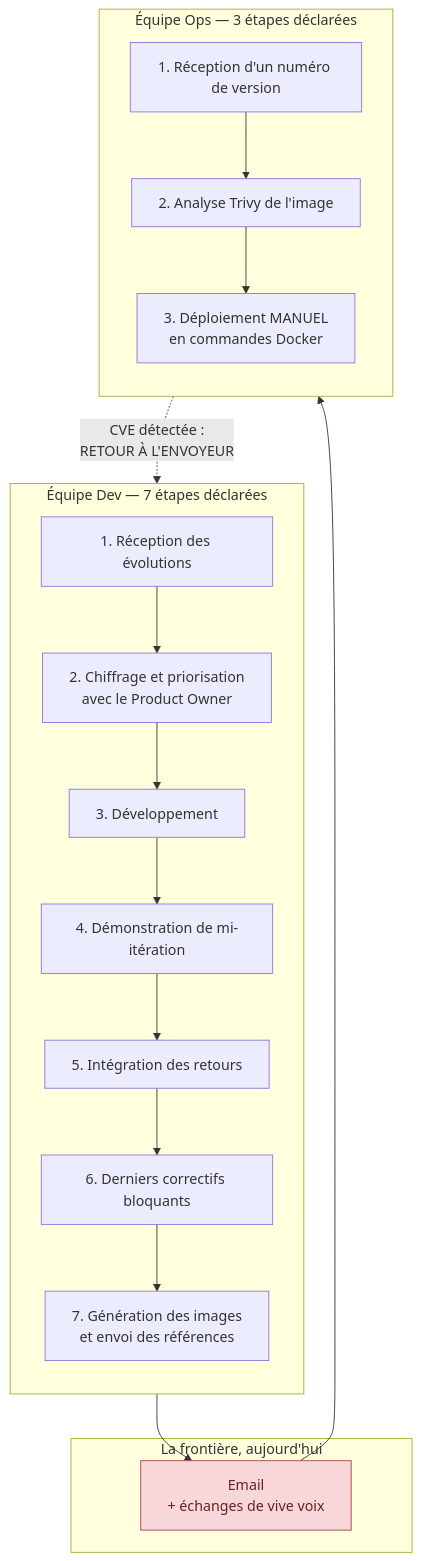
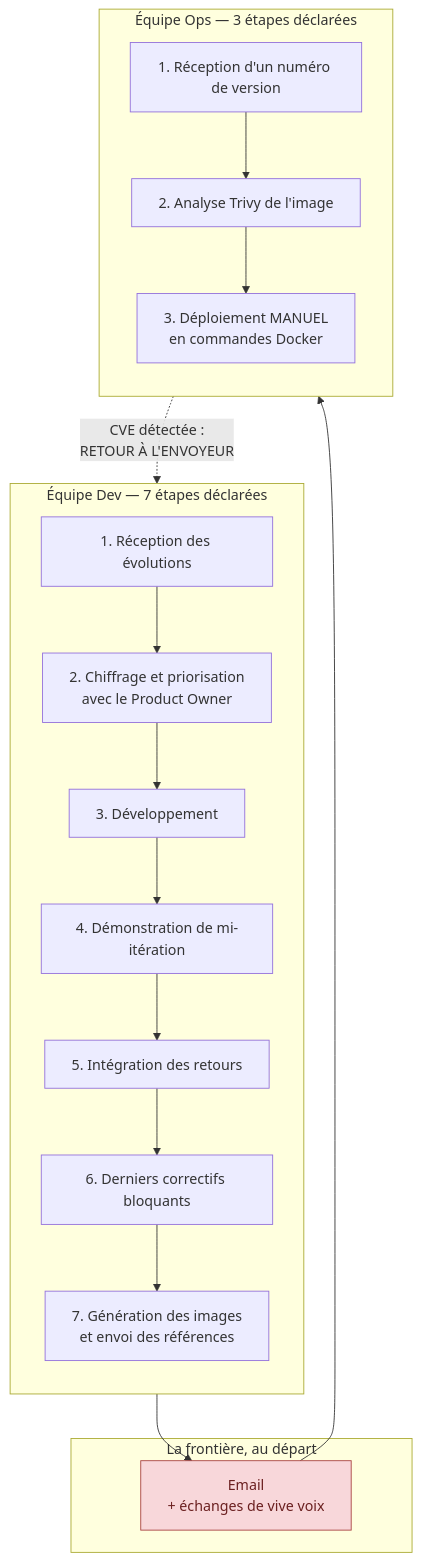
One commit to TedPasquiet/G-rez-le-cycle-de-vie-de-d-veloppement-logiciel changed the first of 3 diagrams in docs/plan-optimisation-release.md. Above: the diagram before and after it, drawn with Mermaid. The commit also changed other lines of this file and 27 other files, not shown here.

````diff
--- a/docs/plan-optimisation-release.md
+++ b/docs/plan-optimisation-release.md
@@ -20,30 +23,30 @@
 ```mermaid
 flowchart TB
     subgraph DEV["Équipe Dev — 7 étapes déclarées"]
         direction TB
         d1["1. Réception des évolutions"]
         d2["2. Chiffrage et priorisation<br/>avec le Product Owner"]
         d3["3. Développement"]
         d4["4. Démonstration de mi-itération"]
         d5["5. Intégration des retours"]
         d6["6. Derniers correctifs bloquants"]
         d7["7. Génération des images<br/>et envoi des références"]
         d1 --> d2 --> d3 --> d4 --> d5 --> d6 --> d7
     end
 
-    subgraph MUR["La frontière, aujourd'hui"]
+    subgraph MUR["La frontière, au départ"]
         m1["Email<br/>+ échanges de vive voix"]:::pain
     end
 
     subgraph OPS["Équipe Ops — 3 étapes déclarées"]
         direction TB
         o1["1. Réception d'un numéro de version"]
         o2["2. Analyse Trivy de l'image"]
         o3["3. Déploiement MANUEL<br/>en commandes Docker"]
         o1 --> o2 --> o3
     end
 
     d7 --> m1 --> o1
     o2 -. "CVE détectée :<br/>RETOUR À L'ENVOYEUR" .-> d6
     classDef pain fill:#f8d7da,stroke:#a94442,color:#6b2020
 ```
````
